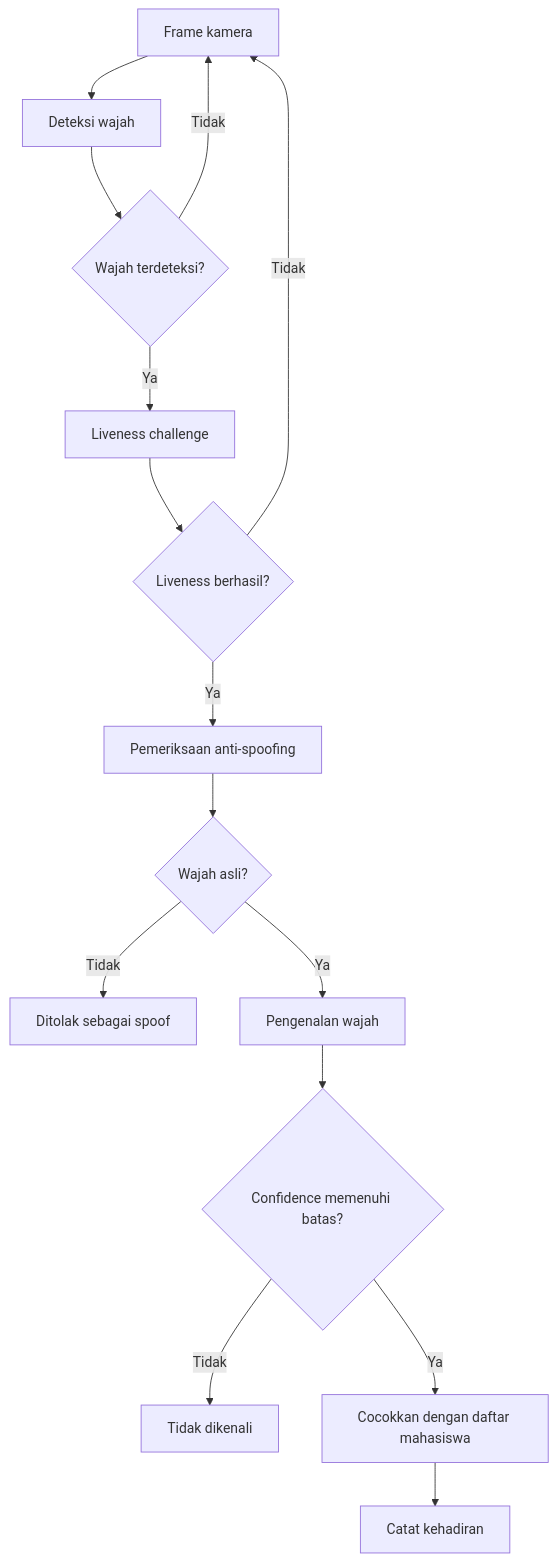
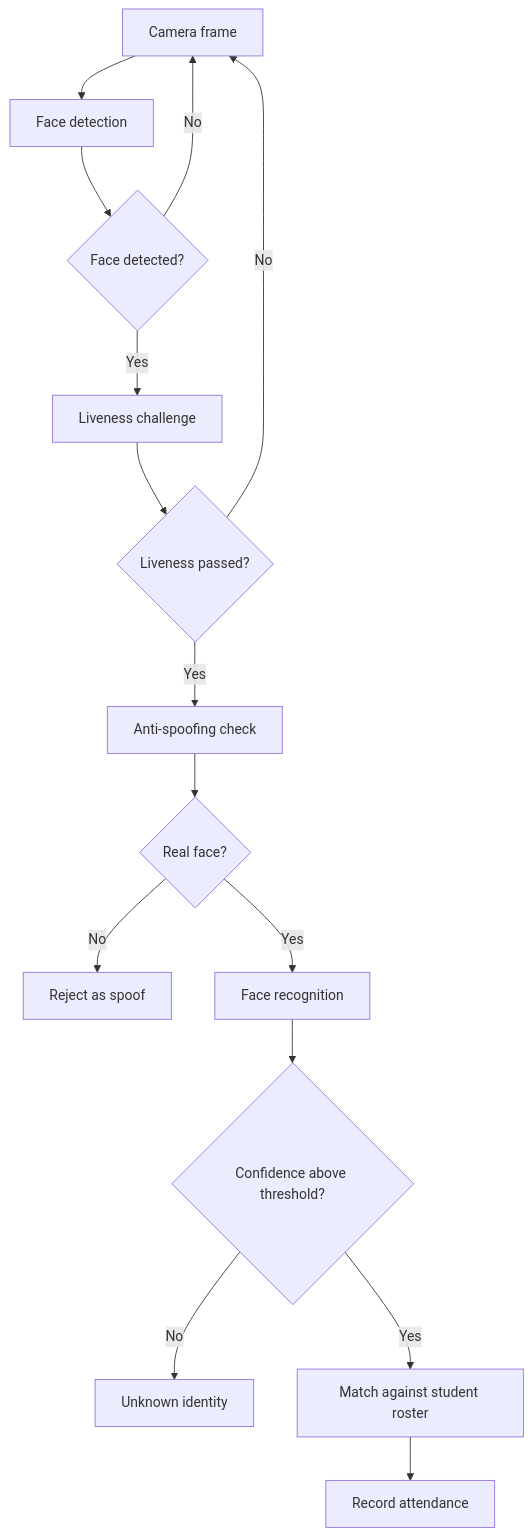
One commit to femieljmt/face-attendance-anti-spoofing changed the diagram in README.md. Above: the diagram before and after it, drawn with Mermaid. The commit also changed other lines of this file, not shown here.

````diff
--- a/README.md
+++ b/README.md
@@ -11,17 +11,17 @@
 ```mermaid
 flowchart TD
-    A["Frame kamera"] --> B["Deteksi wajah"]
-    B --> C{"Wajah terdeteksi?"}
-    C -- Tidak --> A
-    C -- Ya --> D["Liveness challenge"]
-    D --> E{"Liveness berhasil?"}
-    E -- Tidak --> A
-    E -- Ya --> F["Pemeriksaan anti-spoofing"]
-    F --> G{"Wajah asli?"}
-    G -- Tidak --> H["Ditolak sebagai spoof"]
-    G -- Ya --> I["Pengenalan wajah"]
-    I --> J{"Confidence memenuhi batas?"}
-    J -- Tidak --> K["Tidak dikenali"]
-    J -- Ya --> L["Cocokkan dengan daftar mahasiswa"]
-    L --> M["Catat kehadiran"]
+    A["Camera frame"] --> B["Face detection"]
+    B --> C{"Face detected?"}
+    C -- No --> A
+    C -- Yes --> D["Liveness challenge"]
+    D --> E{"Liveness passed?"}
+    E -- No --> A
+    E -- Yes --> F["Anti-spoofing check"]
+    F --> G{"Real face?"}
+    G -- No --> H["Reject as spoof"]
+    G -- Yes --> I["Face recognition"]
+    I --> J{"Confidence above threshold?"}
+    J -- No --> K["Unknown identity"]
+    J -- Yes --> L["Match against student roster"]
+    L --> M["Record attendance"]
 ```
````
